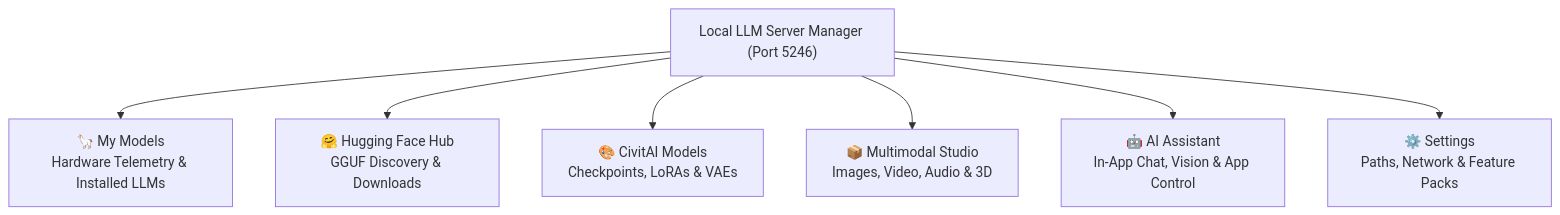
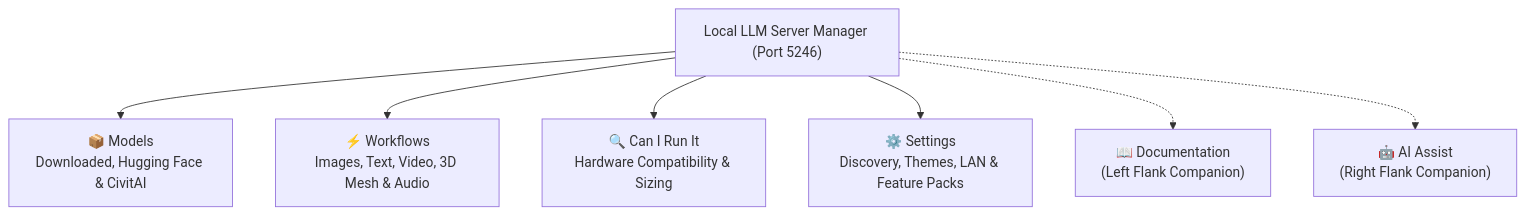
One commit to spelech/LocalLLMServerManager changed the first of 2 diagrams in docs/USER_GUIDE.md. Above: the diagram before and after it, drawn with Mermaid. The commit also changed other lines of this file and 12 other files, not shown here.

Commit message:
docs: refresh UI screenshots, add Can I Run It guide, calibrate Playwright generator

````diff
--- a/docs/USER_GUIDE.md
+++ b/docs/USER_GUIDE.md
@@ -11,10 +11,10 @@
 ```mermaid
 flowchart TD
     App["Local LLM Server Manager (Port 5246)"]
-    App --> Tab1["🦙 My Models\nHardware Telemetry & Installed LLMs"]
-    App --> Tab2["🤗 Hugging Face Hub\nGGUF Discovery & Downloads"]
-    App --> Tab3["🎨 CivitAI Models\nCheckpoints, LoRAs & VAEs"]
-    App --> Tab4["📦 Multimodal Studio\nImages, Video, Audio & 3D"]
-    App --> Tab5["🤖 AI Assistant\nIn-App Chat, Vision & App Control"]
-    App --> Tab6["⚙️ Settings\nPaths, Network & Feature Packs"]
+    App --> Tab1["📦 Models\nDownloaded, Hugging Face & CivitAI"]
+    App --> Tab2["⚡ Workflows\nImages, Text, Video, 3D Mesh & Audio"]
+    App --> Tab3["🔍 Can I Run It\nHardware Compatibility & Sizing"]
+    App --> Tab4["⚙️ Settings\nDiscovery, Themes, LAN & Feature Packs"]
+    App -.-> CompL["📖 Documentation\n(Left Flank Companion)"]
+    App -.-> CompR["🤖 AI Assist\n(Right Flank Companion)"]
 ```
````
